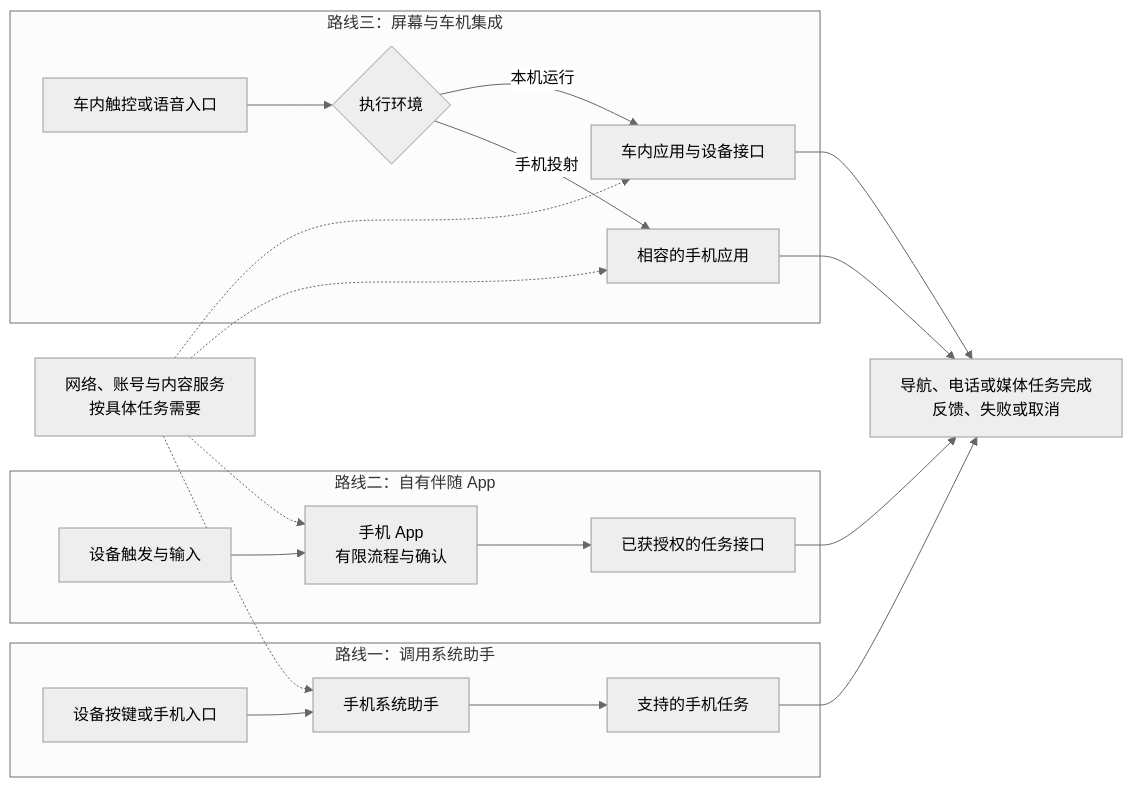
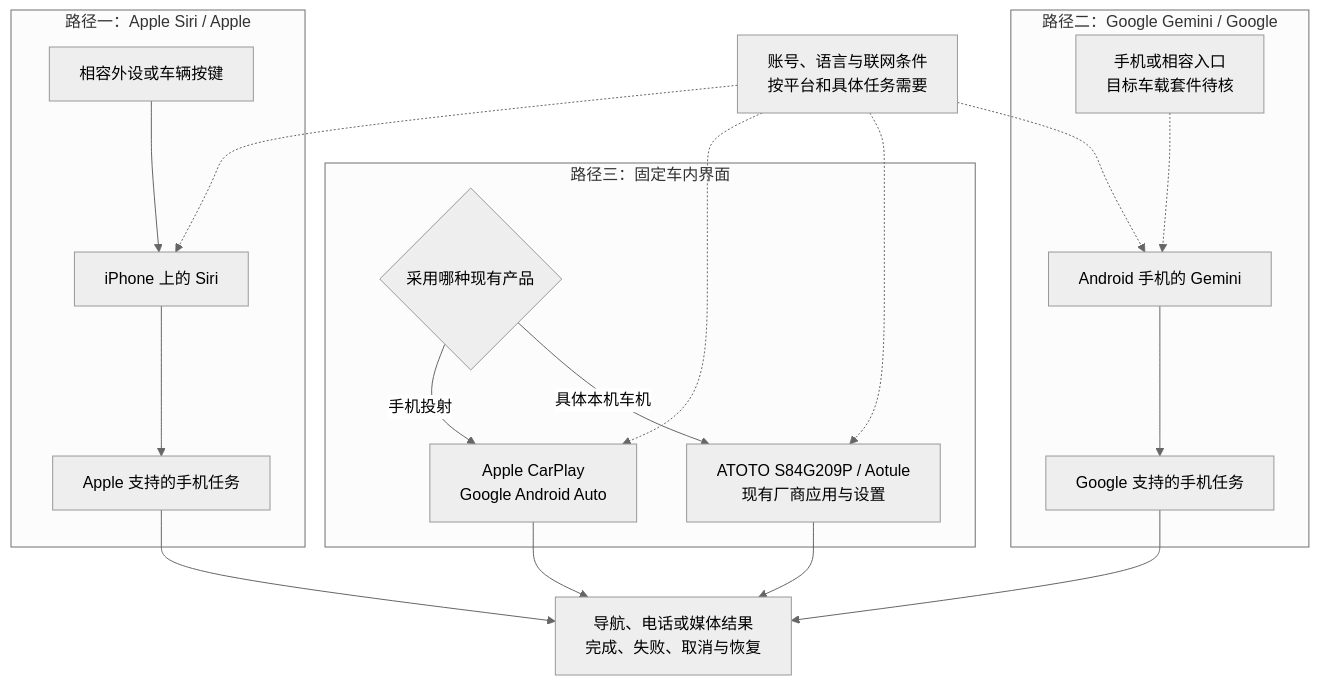
One commit to DreamSoul-AI/in-vehicle-ai-research changed the diagram in dist/diagrams/fig-03.mmd. Above: the diagram before and after it, drawn with Mermaid (neutral theme). The commit also changed 25 other files, not shown here.

```diff
--- a/dist/diagrams/fig-03.mmd
+++ b/dist/diagrams/fig-03.mmd
@@ -1,30 +1,30 @@
-%% title: 三种任务接入路线
-%% 图2 三种任务接入路线。分析示意，实线为任务/反馈，虚线为可选依赖。
-%% 来源 https://support.avantree.com/hc/en-us/articles/50767188774937-How-to-Make-a-Call-by-Voice-Command
-%% 来源 https://developer.apple.com/carplay/
-%% 来源 https://developer.android.com/training/cars/platforms/android-auto
-%% 来源 https://source.android.com/docs/automotive/start/what_automotive
-flowchart LR
-  subgraph A["路线一：调用系统助手"]
-    A1["设备按键或手机入口"] --> A2["手机系统助手"]
-    A2 --> A3["支持的手机任务"]
+%% title: 三种现有平台接入路径
+%% 分析示意；Gemini目标车载外设入口待核，不代表所有蓝牙套件兼容。
+%% 来源 https://support.apple.com/en-ie/guide/iphone/iph0aa8c80e6/27/ios/27
+%% 来源 https://support.google.com/gemini/answer/15456140?hl=en
+%% 来源 https://support.google.com/gemini/answer/16735982?hl=en
+%% 来源 https://www.atotodirect.com/en-gb/pages/manual-460-en
+flowchart TB
+  subgraph A["路径一：Apple Siri / Apple"]
+    A1["相容外设或车辆按键"] --> A2["iPhone 上的 Siri"]
+    A2 --> A3["Apple 支持的手机任务"]
   end
-  subgraph B["路线二：自有伴随 App"]
-    B1["设备触发与输入"] --> B2["手机 App<br/>有限流程与确认"]
-    B2 --> B3["已获授权的任务接口"]
+  subgraph B["路径二：Google Gemini / Google"]
+    B1["手机或相容入口<br/>目标车载套件待核"] -.-> B2["Android 手机的 Gemini"]
+    B2 --> B3["Google 支持的手机任务"]
   end
-  subgraph C["路线三：屏幕与车机集成"]
-    C1["车内触控或语音入口"] --> C2{"执行环境"}
-    C2 -->|"手机投射"| C3["相容的手机应用"]
-    C2 -->|"本机运行"| C4["车内应用与设备接口"]
+  subgraph C["路径三：固定车内界面"]
+    C1{"采用哪种现有产品"}
+    C1 -->|"手机投射"| C2["Apple CarPlay<br/>Google Android Auto"]
+    C1 -->|"具体本机车机"| C3["ATOTO S84G209P / Aotule<br/>现有厂商应用与设置"]
   end
-  CLOUD["网络、账号与内容服务<br/>按具体任务需要"]
-  RESULT["导航、电话或媒体任务完成<br/>反馈、失败或取消"]
-  CLOUD -.-> A2
-  CLOUD -.-> B2
-  CLOUD -.-> C3
-  CLOUD -.-> C4
+  SERVICE["账号、语言与联网条件<br/>按平台和具体任务需要"]
+  RESULT["导航、电话或媒体结果<br/>完成、失败、取消与恢复"]
+  SERVICE -.-> A2
+  SERVICE -.-> B2
+  SERVICE -.-> C2
+  SERVICE -.-> C3
   A3 --> RESULT
   B3 --> RESULT
+  C2 --> RESULT
   C3 --> RESULT
-  C4 --> RESULT
```
